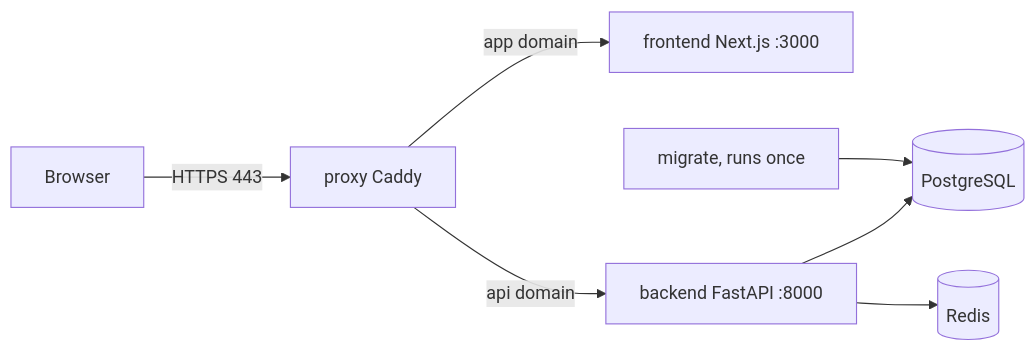
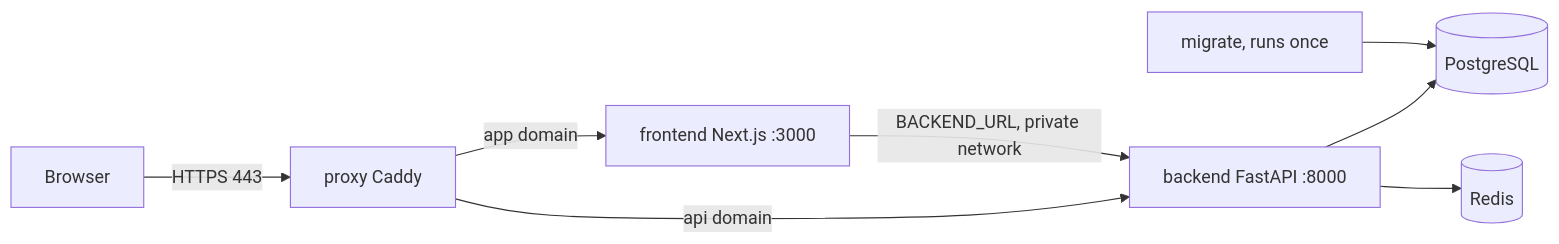
Before and after one commit to metezd/OmniLog: the diagram in docs/deployment.md, drawn with Mermaid. The commit also changed other lines of this file and 16 other files, not shown here.

````diff
--- a/docs/deployment.md
+++ b/docs/deployment.md
@@ -7,9 +7,10 @@
 ```mermaid
 flowchart LR
     B[Browser] -->|HTTPS 443| P[proxy Caddy]
     P -->|app domain| F[frontend Next.js :3000]
     P -->|api domain| A[backend FastAPI :8000]
+    F -->|BACKEND_URL, private network| A
     A --> D[(PostgreSQL)]
     A --> R[(Redis)]
     M[migrate, runs once] --> D
 ```
````
